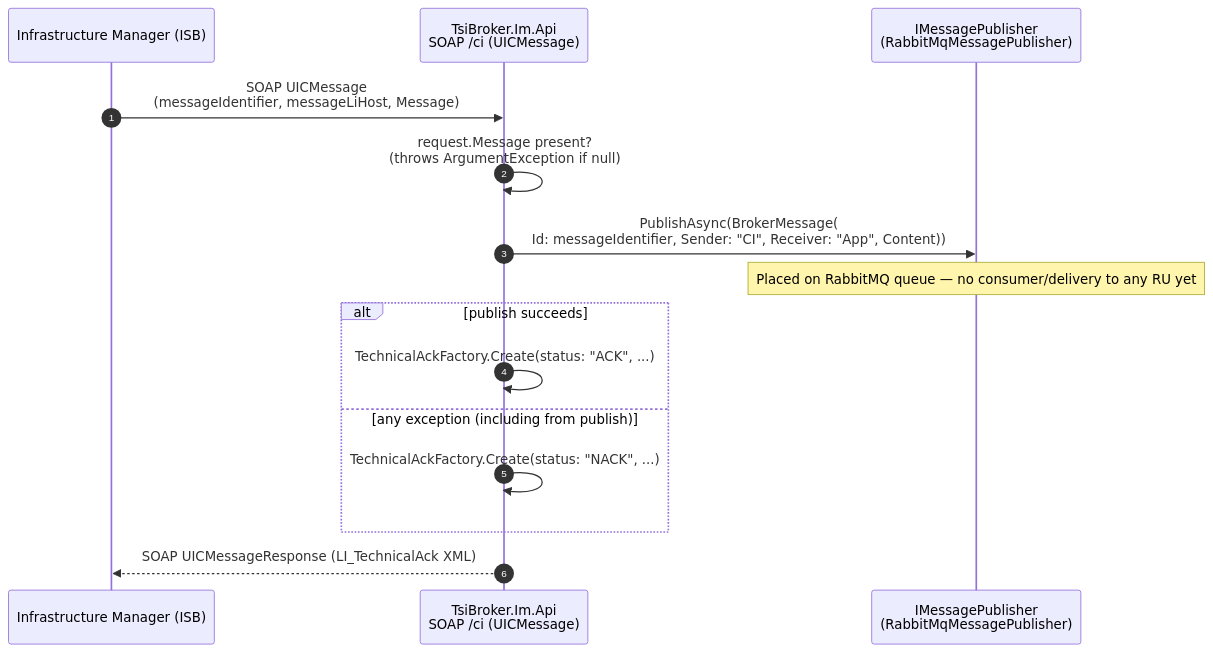
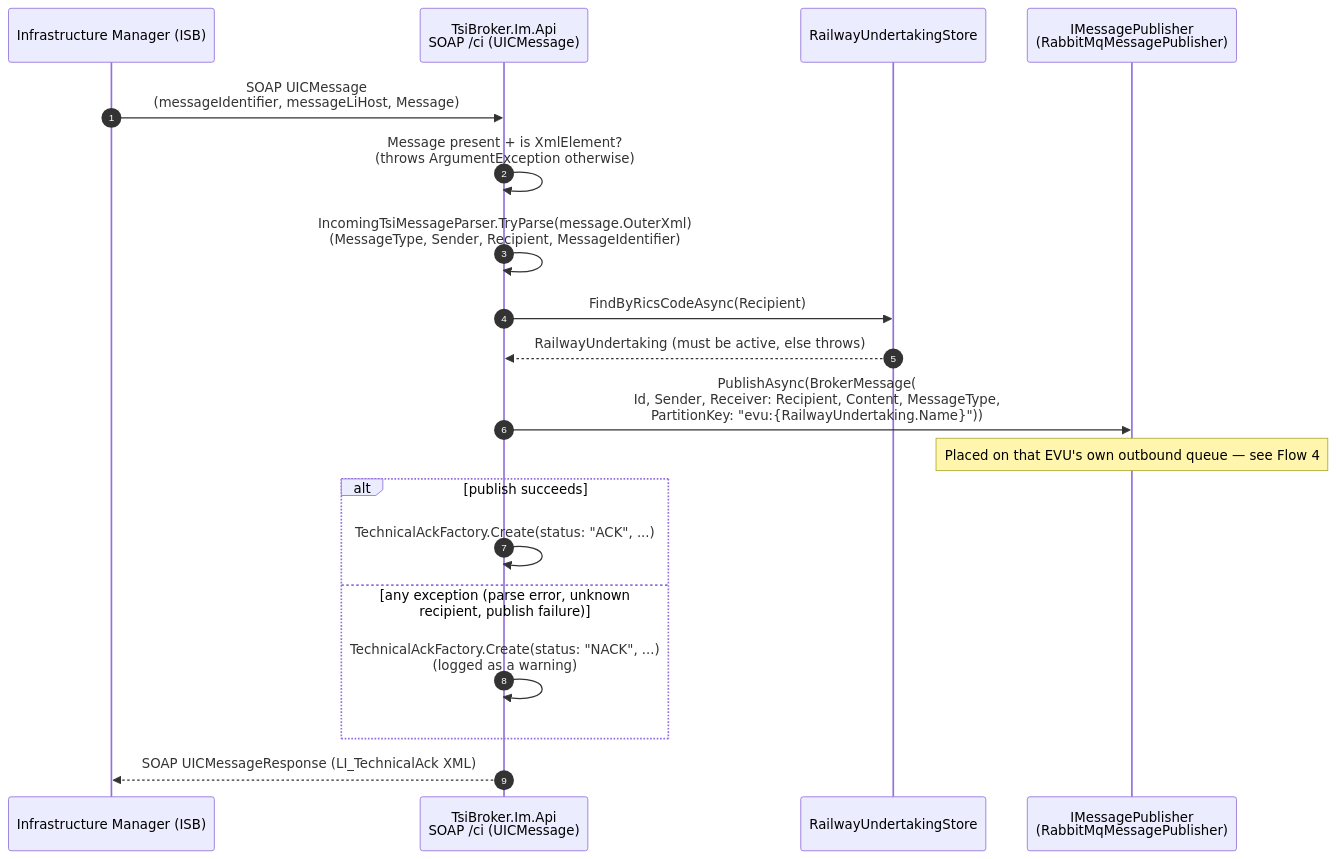
Before and after one commit to AmIHang/TsiBroker-V2: the second of 4 diagrams in wiki/Business-Flow.md, drawn with Mermaid. The commit also changed other lines of this file and 33 other files, not shown here.

````diff
--- a/wiki/Business-Flow.md
+++ b/wiki/Business-Flow.md
@@ -56,18 +58,22 @@
 ```mermaid
 sequenceDiagram
     autonumber
     participant IM as Infrastructure Manager (ISB)
     participant ImApi as TsiBroker.Im.Api<br/>SOAP /ci (UICMessage)
+    participant Store as RailwayUndertakingStore
     participant Pub as IMessagePublisher<br/>(RabbitMqMessagePublisher)
 
     IM->>ImApi: SOAP UICMessage<br/>(messageIdentifier, messageLiHost, Message)
-    ImApi->>ImApi: request.Message present?<br/>(throws ArgumentException if null)
-    ImApi->>Pub: PublishAsync(BrokerMessage(<br/>Id: messageIdentifier, Sender: "CI", Receiver: "App", Content))
-    Note over Pub: Placed on RabbitMQ queue — no consumer/delivery to any RU yet
+    ImApi->>ImApi: Message present + is XmlElement?<br/>(throws ArgumentException otherwise)
+    ImApi->>ImApi: IncomingTsiMessageParser.TryParse(message.OuterXml)<br/>(MessageType, Sender, Recipient, MessageIdentifier)
+    ImApi->>Store: FindByRicsCodeAsync(Recipient)
+    Store-->>ImApi: RailwayUndertaking (must be active, else throws)
+    ImApi->>Pub: PublishAsync(BrokerMessage(<br/>Id, Sender, Receiver: Recipient, Content, MessageType,<br/>PartitionKey: "evu:{RailwayUndertaking.Name}"))
+    Note over Pub: Placed on that EVU's own outbound queue — see Flow 4
     alt publish succeeds
         ImApi->>ImApi: TechnicalAckFactory.Create(status: "ACK", ...)
-    else any exception (including from publish)
-        ImApi->>ImApi: TechnicalAckFactory.Create(status: "NACK", ...)
+    else any exception (parse error, unknown recipient, publish failure)
+        ImApi->>ImApi: TechnicalAckFactory.Create(status: "NACK", ...)<br/>(logged as a warning)
     end
     ImApi-->>IM: SOAP UICMessageResponse (LI_TechnicalAck XML)
 ```
````
